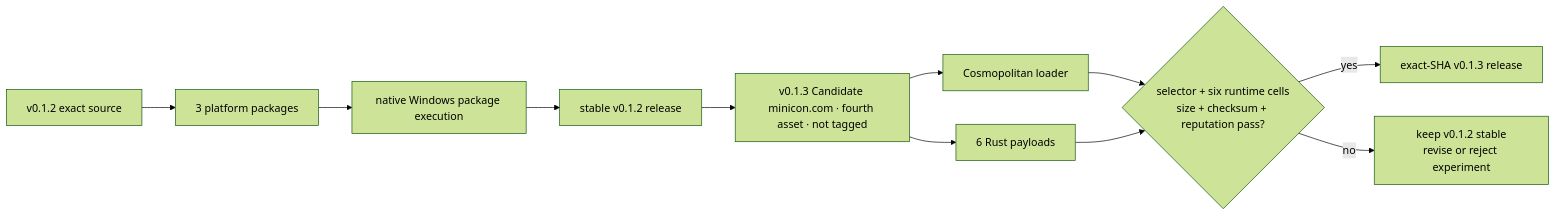
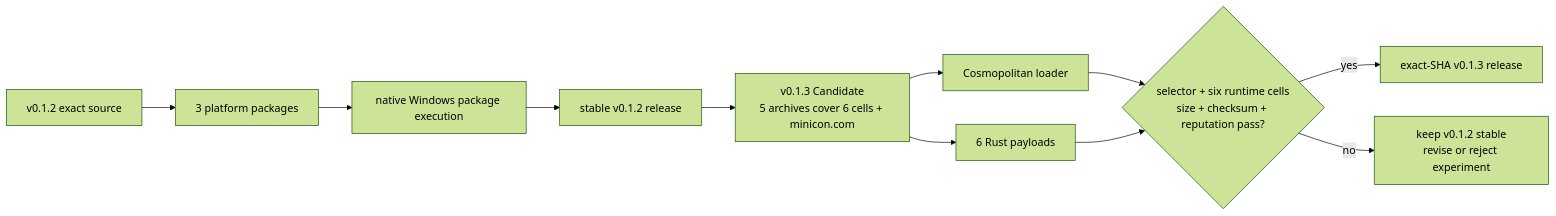
The first of 4 diagrams in prd/PRD_02_27_con_delivery.md (partnernetsoftware/minicon), drawn with Mermaid (forest theme) before and after one commit. The commit also changed other lines of this file and 7 other files, not shown here.

Commit message:
release: cover all six cells in v0.1.3 assets

````diff
--- a/prd/PRD_02_27_con_delivery.md
+++ b/prd/PRD_02_27_con_delivery.md
@@ -36,12 +40,12 @@
 ```mermaid
 flowchart LR
     S12["v0.1.2 exact source"] --> B12["3 platform packages"]
     B12 --> W12["native Windows package execution"]
     W12 --> R12["stable v0.1.2 release"]
-    R12 --> X13["v0.1.3 Candidate minicon.com · fourth asset · not tagged"]
+    R12 --> X13["v0.1.3 Candidate<br/>5 archives cover 6 cells + minicon.com"]
     X13 --> L13["Cosmopolitan loader"]
     X13 --> P13["6 Rust payloads"]
     L13 & P13 --> G13{"selector + six runtime cells<br/>size + checksum + reputation pass?"}
     G13 -->|yes| R13["exact-SHA v0.1.3 release"]
     G13 -->|no| K12["keep v0.1.2 stable<br/>revise or reject experiment"]
 ```
````
